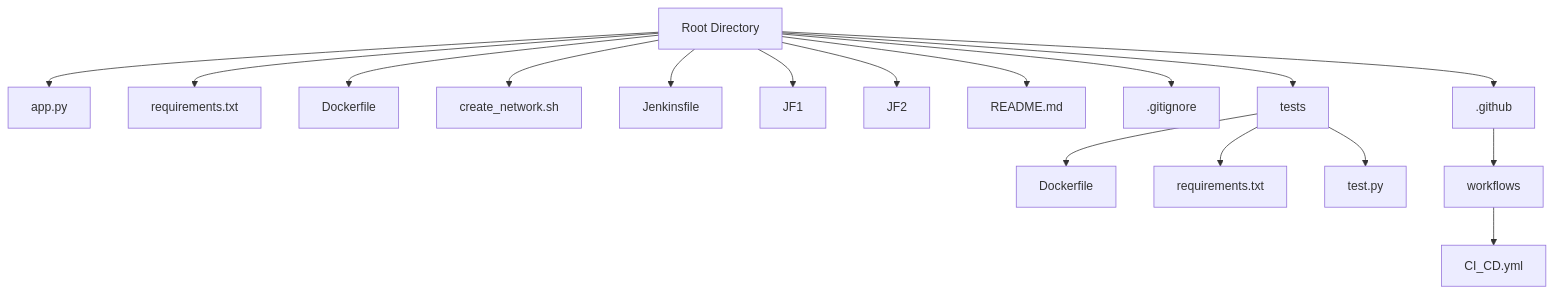
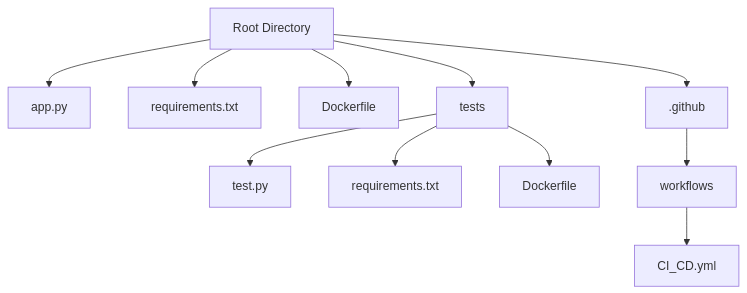
The first of 3 diagrams in README.md (serhiiyasenev/multibranch-pipeline-project), drawn with Mermaid before and after one commit.

````diff
--- a/README.md
+++ b/README.md
@@ -13,20 +13,14 @@
 ```mermaid
 graph TD
   A[Root Directory]
   A --> B[app.py]
   A --> C[requirements.txt]
   A --> D[Dockerfile]
-  A --> E[create_network.sh]
-  A --> F[Jenkinsfile]
-  A --> G[JF1]
-  A --> H[JF2]
-  A --> I[README.md]
-  A --> J[.gitignore]
   A --> K[tests]
   A --> L[.github]
-  K --> K1[Dockerfile]
+  K --> K1[test.py]
   K --> K2[requirements.txt]
-  K --> K3[test.py]
+  K --> K3[Dockerfile]
   L --> L1[workflows]
   L1 --> L2[CI_CD.yml]
 ```
````
